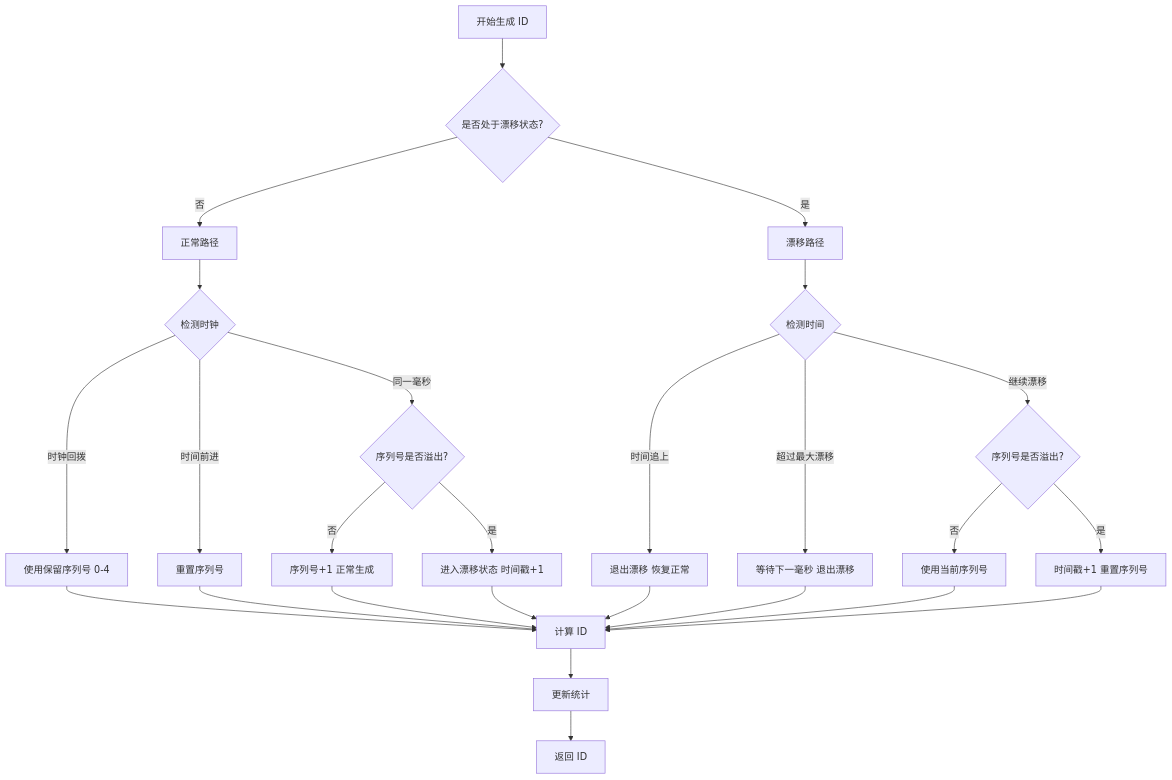
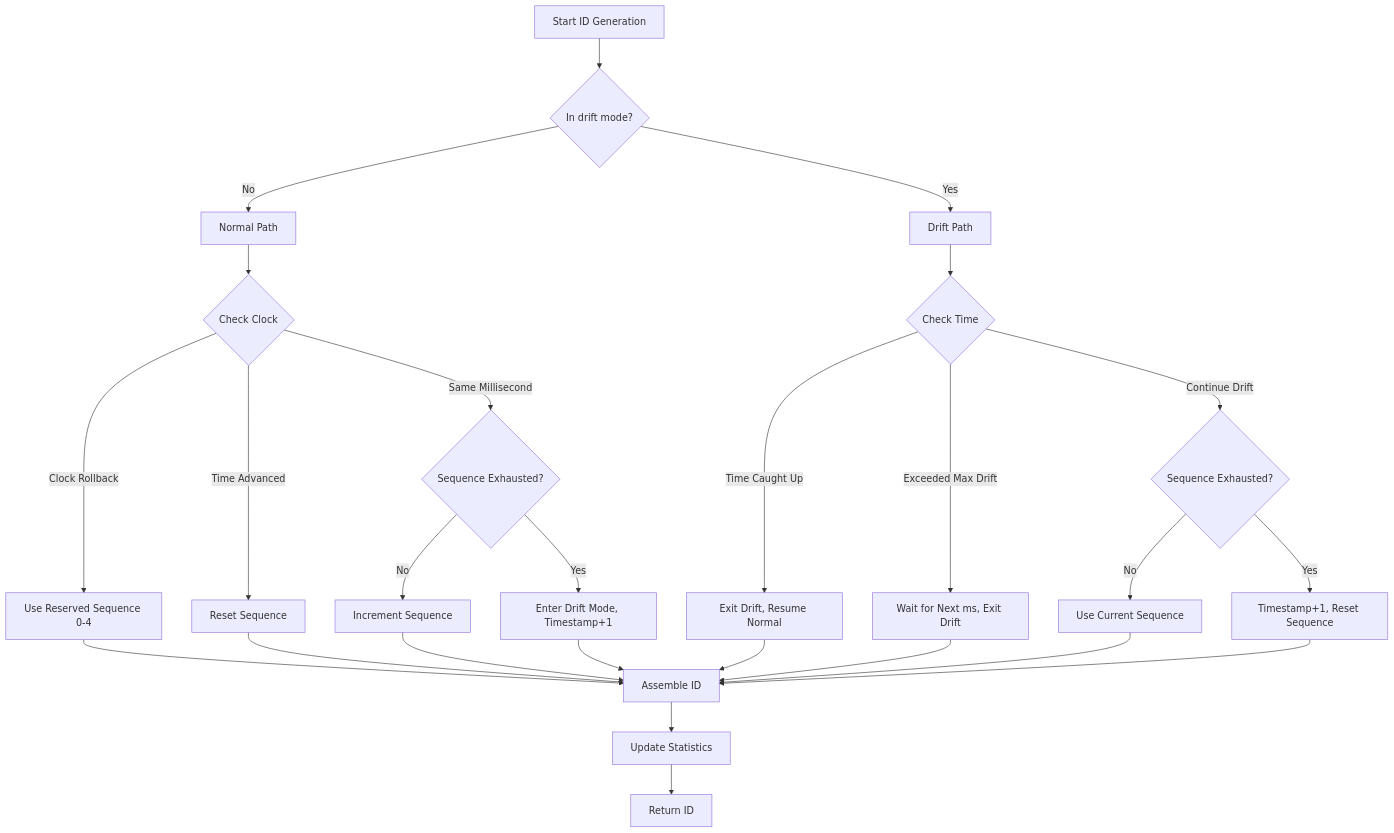
Before and after one commit to WuChenDi/genid: the diagram in README.md, drawn with Mermaid. The commit also changed other lines of this file and 1 other file, not shown here.

````diff
--- a/README.md
+++ b/README.md
@@ -196,35 +202,35 @@
 ```mermaid
 graph TB
-    A[开始生成 ID] --> B{是否处于漂移状态?}
+    A[Start ID Generation] --> B{In drift mode?}
 
-    B -->|否| C[正常路径]
-    B -->|是| D[漂移路径]
+    B -->|No| C[Normal Path]
+    B -->|Yes| D[Drift Path]
 
-    C --> E{检测时钟}
-    E -->|时钟回拨| F[使用保留序列号 0-4]
-    E -->|时间前进| G[重置序列号]
-    E -->|同一毫秒| H{序列号是否溢出?}
+    C --> E{Check Clock}
+    E -->|Clock Rollback| F[Use Reserved Sequence 0-4]
+    E -->|Time Advanced| G[Reset Sequence]
+    E -->|Same Millisecond| H{Sequence Exhausted?}
 
-    H -->|否| I[序列号+1 正常生成]
-    H -->|是| J[进入漂移状态 时间戳+1]
+    H -->|No| I[Increment Sequence]
+    H -->|Yes| J[Enter Drift Mode, Timestamp+1]
 
-    D --> K{检测时间}
-    K -->|时间追上| L[退出漂移 恢复正常]
-    K -->|超过最大漂移| M[等待下一毫秒 退出漂移]
-    K -->|继续漂移| N{序列号是否溢出?}
+    D --> K{Check Time}
+    K -->|Time Caught Up| L[Exit Drift, Resume Normal]
+    K -->|Exceeded Max Drift| M[Wait for Next ms, Exit Drift]
+    K -->|Continue Drift| N{Sequence Exhausted?}
 
-    N -->|否| O[使用当前序列号]
-    N -->|是| P[时间戳+1 重置序列号]
+    N -->|No| O[Use Current Sequence]
+    N -->|Yes| P[Timestamp+1, Reset Sequence]
 
-    F --> Q[计算 ID]
+    F --> Q[Assemble ID]
     G --> Q
     I --> Q
     J --> Q
     L --> Q
     M --> Q
     O --> Q
     P --> Q
 
-    Q --> R[更新统计]
-    R --> S[返回 ID]
+    Q --> R[Update Statistics]
+    R --> S[Return ID]
 ```
````
